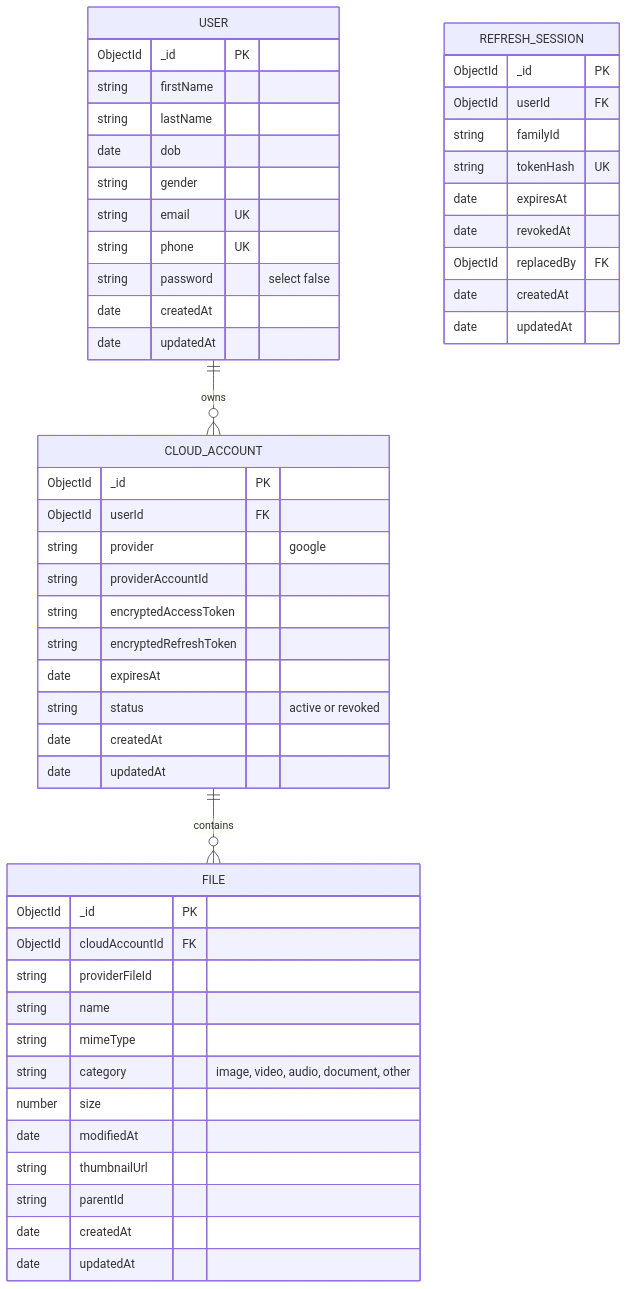
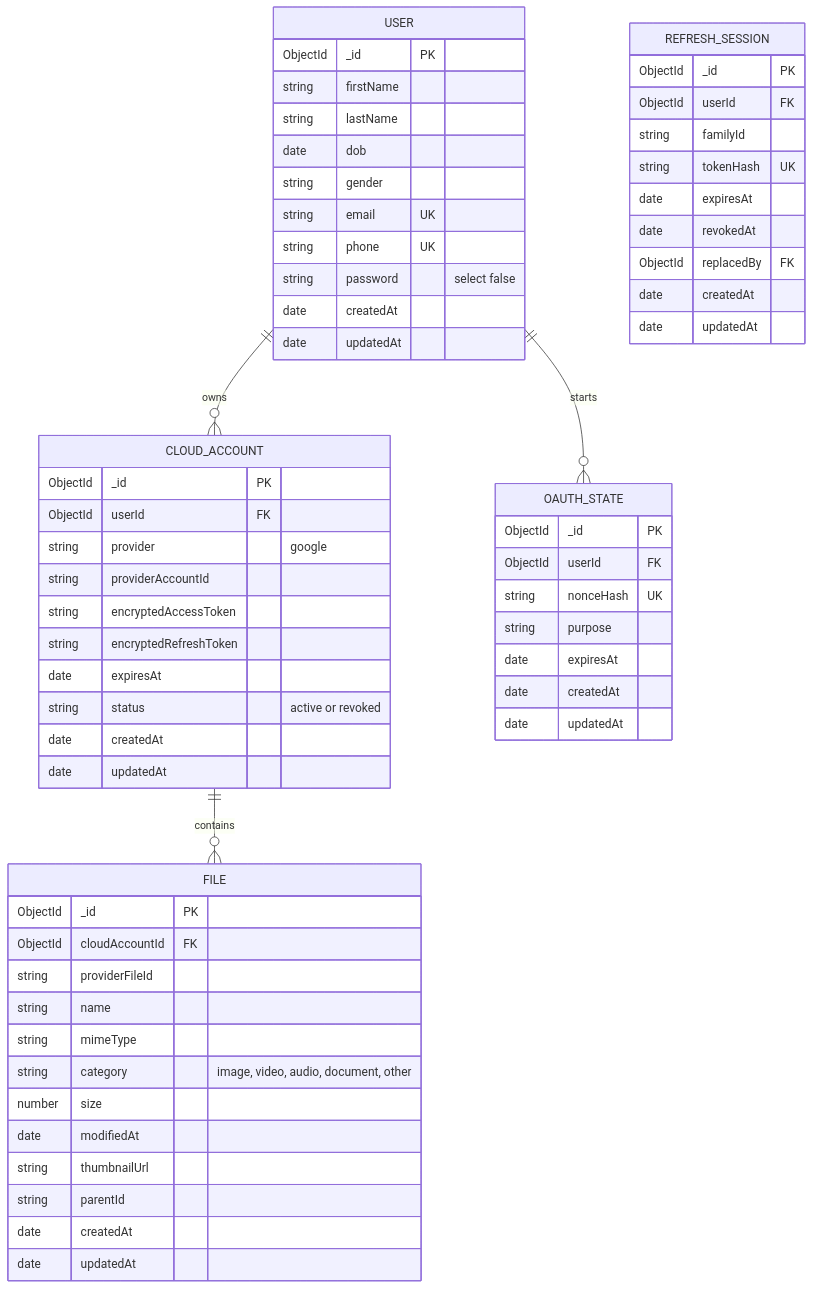
Before and after one commit to AhamedSaifullah/my-drive-nest: the third of 3 diagrams in architecture.md, drawn with Mermaid. The commit also changed other lines of this file and 9 other files, not shown here.

Commit message:
google-cloud-linking-listSchemaEncryption

````diff
--- a/architecture.md
+++ b/architecture.md
@@ -152,58 +154,69 @@
 ```mermaid
 erDiagram
   USER ||--o{ CLOUD_ACCOUNT : owns
   CLOUD_ACCOUNT ||--o{ FILE : contains
+  USER ||--o{ OAUTH_STATE : starts
 
   USER {
     ObjectId _id PK
     string firstName
     string lastName
     date dob
     string gender
     string email UK
     string phone UK
     string password "select false"
     date createdAt
     date updatedAt
   }
 
   CLOUD_ACCOUNT {
     ObjectId _id PK
     ObjectId userId FK
     string provider "google"
     string providerAccountId
     string encryptedAccessToken
     string encryptedRefreshToken
     date expiresAt
     string status "active or revoked"
     date createdAt
     date updatedAt
   }
 
   FILE {
     ObjectId _id PK
     ObjectId cloudAccountId FK
     string providerFileId
     string name
     string mimeType
     string category "image, video, audio, document, other"
     number size
     date modifiedAt
     string thumbnailUrl
     string parentId
     date createdAt
     date updatedAt
   }
 
   REFRESH_SESSION {
     ObjectId _id PK
     ObjectId userId FK
     string familyId
     string tokenHash UK
     date expiresAt
     date revokedAt
     ObjectId replacedBy FK
     date createdAt
     date updatedAt
   }
+
+  OAUTH_STATE {
+    ObjectId _id PK
+    ObjectId userId FK
+    string nonceHash UK
+    string purpose
+    date expiresAt
+    date createdAt
+    date updatedAt
+  }
 ```
````
